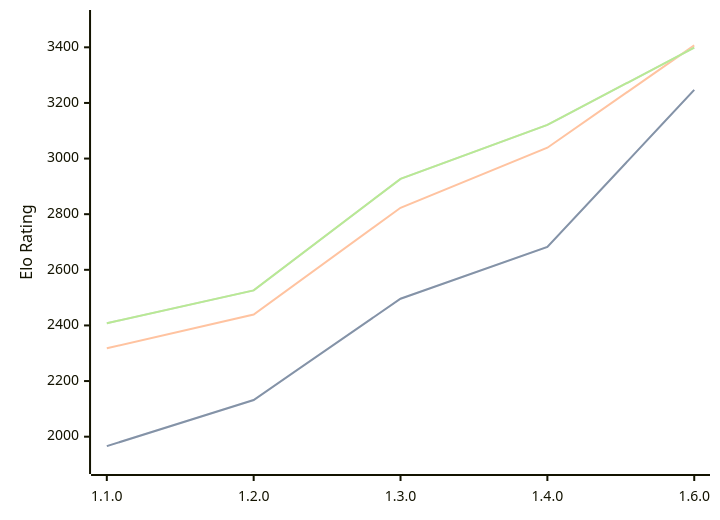
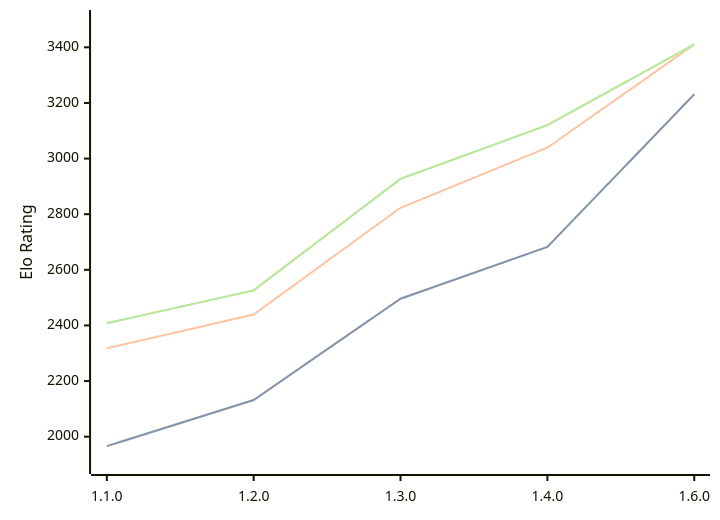
Before and after one commit to computer-chess-index/cci: the diagram in engines/Gyatso.md, drawn with Mermaid. The commit also changed other lines of this file, not shown here.

Commit message:
Update CCI Ratings (ELO VLTC) - 2026-09-30

````diff
--- a/engines/Gyatso.md
+++ b/engines/Gyatso.md
@@ -37,11 +37,11 @@
 ```mermaid
 %%{init: {"theme":"base","themeVariables":{"seriesColors:['#a3a3a3','#222221','#faa371']}}}%%
 xychart-beta
   x-axis ["1.1.0", "1.2.0", "1.3.0", "1.4.0", "1.6.0"]
   y-axis "Elo Rating" 1900 --> 3500
-  line "" [1966, 2132, 2496, 2682, 3247]
-  line "STC (8.0+0.08s)" [1966, 2132, 2496, 2682, 3247]
-  line "LTC (60.0+0.60s)" [2318, 2439, 2823, 3039, 3407]
-  line "" [2408, 2526, 2927, 3121, 3399]
-  line "VLTC (2m24s+1.12s)" [2408, 2526, 2927, 3121, 3399]
+  line "" [1966, 2132, 2496, 2682, 3231]
+  line "STC (8.0+0.08s)" [1966, 2132, 2496, 2682, 3231]
+  line "LTC (60.0+0.60s)" [2318, 2439, 2823, 3039, 3410]
+  line "" [2408, 2526, 2927, 3120, 3411]
+  line "VLTC (2m24s+1.12s)" [2408, 2526, 2927, 3120, 3411]
 ```
````
